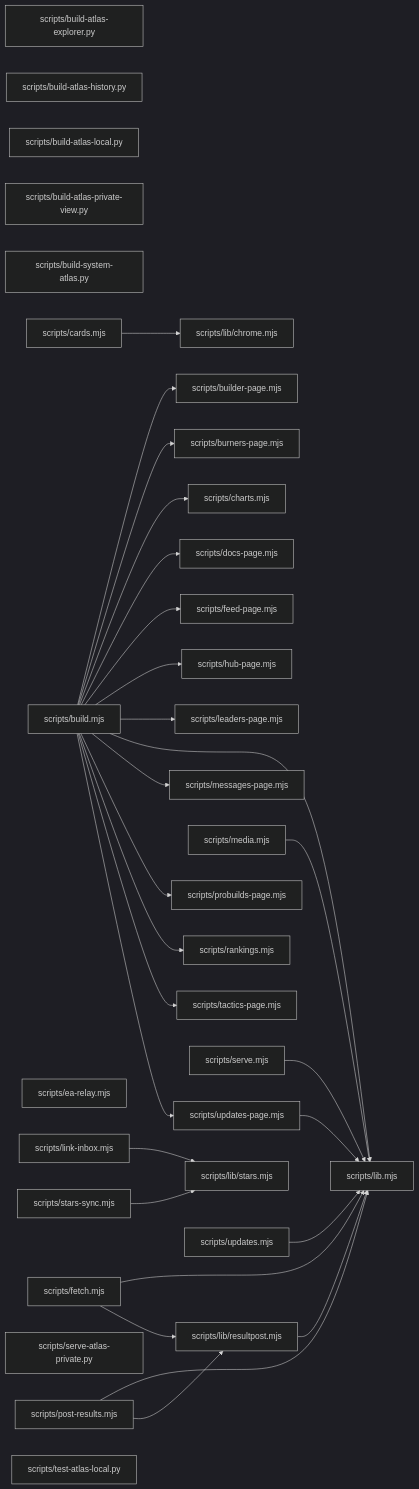
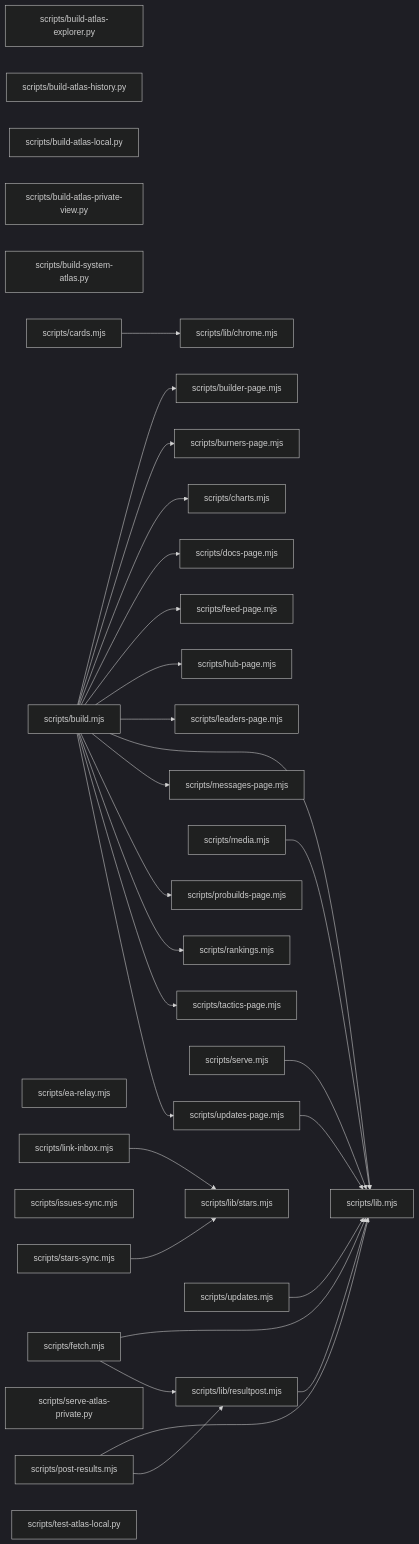
One commit to devroadtosucces15-boop/Norex-United-FC changed the diagram in PLANNING/system-atlas/layer-scripts.md. Above: the diagram before and after it, drawn with Mermaid (dark theme). The commit also changed 6 other files, not shown here.

````diff
--- a/PLANNING/system-atlas/layer-scripts.md
+++ b/PLANNING/system-atlas/layer-scripts.md
@@ -5,61 +5,62 @@
 ```mermaid
 flowchart LR
   n0["scripts/build-atlas-explorer.py"]
   n1["scripts/build-atlas-history.py"]
   n2["scripts/build-atlas-local.py"]
   n3["scripts/build-atlas-private-view.py"]
   n4["scripts/build-system-atlas.py"]
   n5["scripts/build.mjs"]
   n6["scripts/builder-page.mjs"]
   n7["scripts/burners-page.mjs"]
   n8["scripts/cards.mjs"]
   n9["scripts/charts.mjs"]
   n10["scripts/docs-page.mjs"]
   n11["scripts/ea-relay.mjs"]
   n12["scripts/feed-page.mjs"]
   n13["scripts/fetch.mjs"]
   n14["scripts/hub-page.mjs"]
-  n15["scripts/leaders-page.mjs"]
-  n16["scripts/lib.mjs"]
-  n17["scripts/lib/chrome.mjs"]
-  n18["scripts/lib/resultpost.mjs"]
-  n19["scripts/lib/stars.mjs"]
-  n20["scripts/link-inbox.mjs"]
-  n21["scripts/media.mjs"]
-  n22["scripts/messages-page.mjs"]
-  n23["scripts/post-results.mjs"]
-  n24["scripts/probuilds-page.mjs"]
-  n25["scripts/rankings.mjs"]
-  n26["scripts/serve-atlas-private.py"]
-  n27["scripts/serve.mjs"]
-  n28["scripts/stars-sync.mjs"]
-  n29["scripts/tactics-page.mjs"]
-  n30["scripts/test-atlas-local.py"]
-  n31["scripts/updates-page.mjs"]
-  n32["scripts/updates.mjs"]
+  n15["scripts/issues-sync.mjs"]
+  n16["scripts/leaders-page.mjs"]
+  n17["scripts/lib.mjs"]
+  n18["scripts/lib/chrome.mjs"]
+  n19["scripts/lib/resultpost.mjs"]
+  n20["scripts/lib/stars.mjs"]
+  n21["scripts/link-inbox.mjs"]
+  n22["scripts/media.mjs"]
+  n23["scripts/messages-page.mjs"]
+  n24["scripts/post-results.mjs"]
+  n25["scripts/probuilds-page.mjs"]
+  n26["scripts/rankings.mjs"]
+  n27["scripts/serve-atlas-private.py"]
+  n28["scripts/serve.mjs"]
+  n29["scripts/stars-sync.mjs"]
+  n30["scripts/tactics-page.mjs"]
+  n31["scripts/test-atlas-local.py"]
+  n32["scripts/updates-page.mjs"]
+  n33["scripts/updates.mjs"]
   n5 --> n6
   n5 --> n7
   n5 --> n9
   n5 --> n10
   n5 --> n12
   n5 --> n14
-  n5 --> n15
   n5 --> n16
-  n5 --> n22
-  n5 --> n24
+  n5 --> n17
+  n5 --> n23
   n5 --> n25
-  n5 --> n29
-  n5 --> n31
-  n8 --> n17
-  n13 --> n16
-  n13 --> n18
-  n18 --> n16
-  n20 --> n19
-  n21 --> n16
-  n23 --> n16
-  n23 --> n18
-  n27 --> n16
-  n28 --> n19
-  n31 --> n16
-  n32 --> n16
+  n5 --> n26
+  n5 --> n30
+  n5 --> n32
+  n8 --> n18
+  n13 --> n17
+  n13 --> n19
+  n19 --> n17
+  n21 --> n20
+  n22 --> n17
+  n24 --> n17
+  n24 --> n19
+  n28 --> n17
+  n29 --> n20
+  n32 --> n17
+  n33 --> n17
 ```
````
